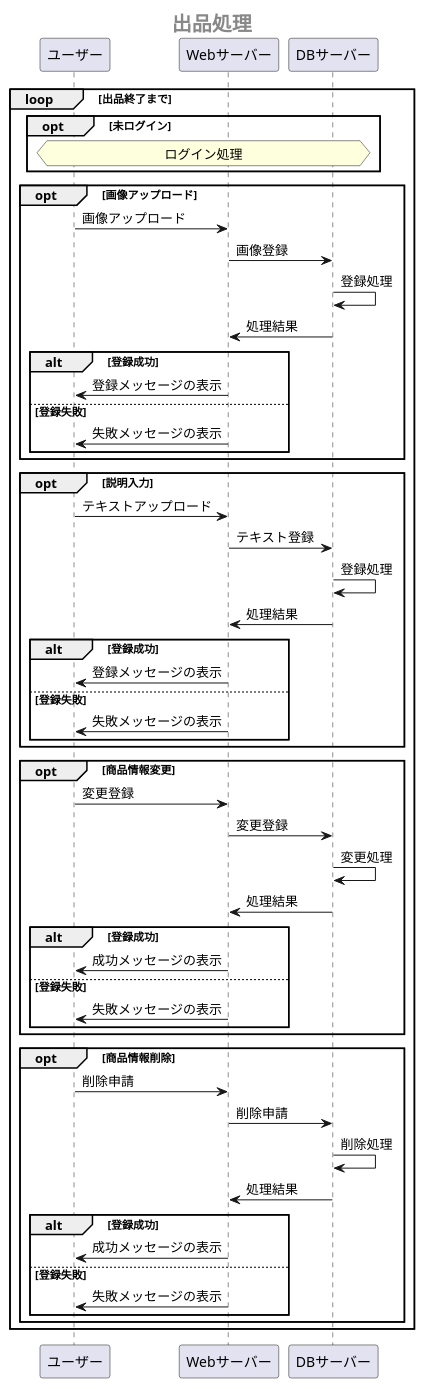
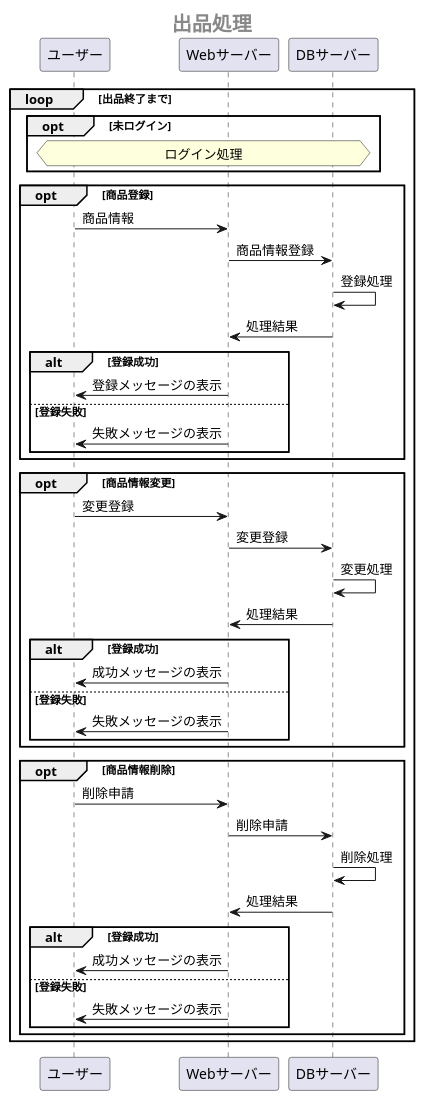
Before and after one commit to Aso2001385/NAISA: the seventh of 7 diagrams in 設計書/02_業務フロー/BusinessFlow.md, drawn with PlantUML. The commit also changed other lines of this file, not shown here.

````diff
--- a/設計書/02_業務フロー/BusinessFlow.md
+++ b/設計書/02_業務フロー/BusinessFlow.md
@@ -165,64 +155,53 @@
 ```uml
 @startuml
- center header <size:20><b>出品処理</b></size>
+center header <size:20><b>出品処理</b></size>
  loop 出品終了まで
  
   opt 未ログイン
      hnote across: ログイン処理
    end
  
-  opt 画像アップロード
-    ユーザー -> Webサーバー:画像アップロード
-    Webサーバー -> DBサーバー:画像登録
+  opt 商品登録
+    ユーザー -> Webサーバー:商品情報
+    Webサーバー -> DBサーバー:商品情報登録
     DBサーバー -> DBサーバー:登録処理
     DBサーバー -> Webサーバー:処理結果
 
     alt 登録成功
       Webサーバー ->ユーザー:登録メッセージの表示
     else 登録失敗
       Webサーバー ->ユーザー:失敗メッセージの表示
     end
    end
 
-   opt 説明入力
-    ユーザー -> Webサーバー:テキストアップロード
-    Webサーバー -> DBサーバー:テキスト登録
-    DBサーバー -> DBサーバー:登録処理
-    DBサーバー -> Webサーバー:処理結果
-
-    alt 登録成功
-      Webサーバー ->ユーザー:登録メッセージの表示
-    else 登録失敗
-      Webサーバー ->ユーザー:失敗メッセージの表示
-    end
-   end
+   
    
    opt 商品情報変更
     ユーザー -> Webサーバー:変更登録
     Webサーバー -> DBサーバー:変更登録
     DBサーバー -> DBサーバー:変更処理
     DBサーバー -> Webサーバー:処理結果
 
     alt 登録成功
       Webサーバー ->ユーザー:成功メッセージの表示
     else 登録失敗
       Webサーバー ->ユーザー:失敗メッセージの表示
     end
    end
    
    opt 商品情報削除
     ユーザー -> Webサーバー:削除申請
     Webサーバー -> DBサーバー:削除申請
     DBサーバー -> DBサーバー:削除処理
     DBサーバー -> Webサーバー:処理結果
 
     alt 登録成功
       Webサーバー ->ユーザー:成功メッセージの表示
     else 登録失敗
       Webサーバー ->ユーザー:失敗メッセージの表示
     end
    end
   
   end
 @enduml
 ```
````
